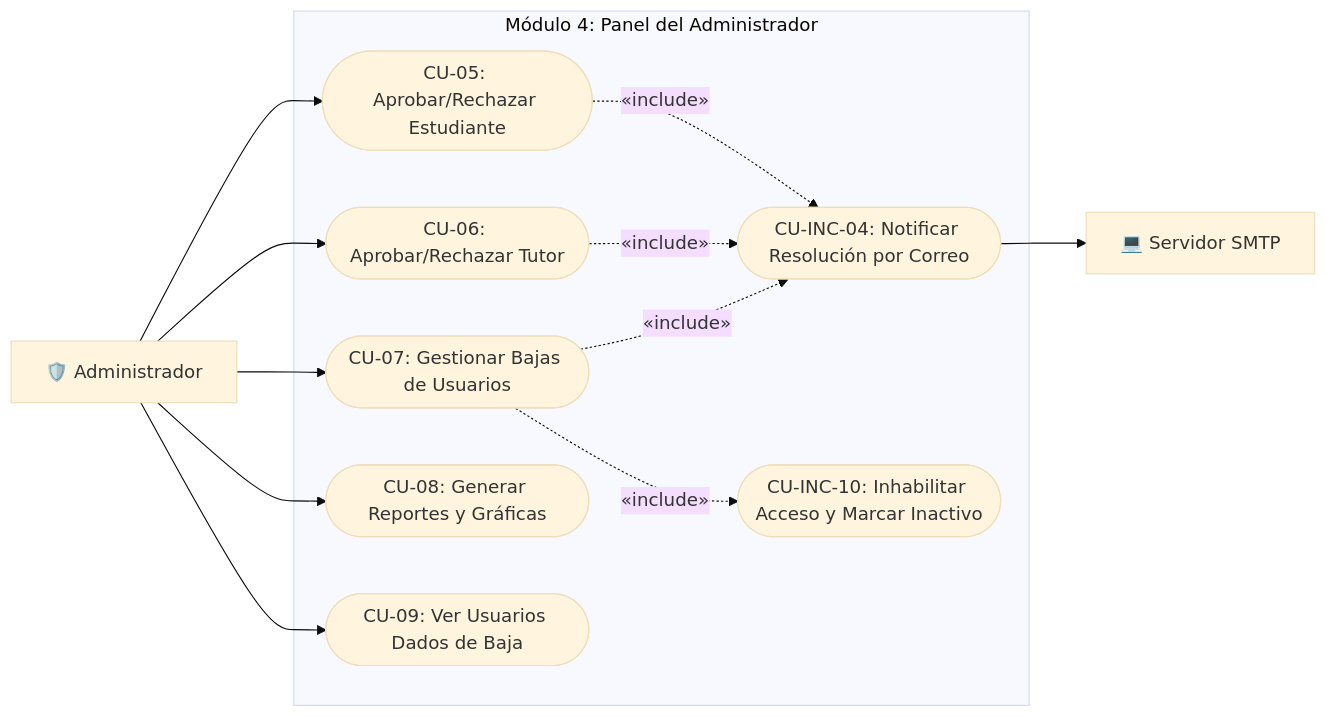
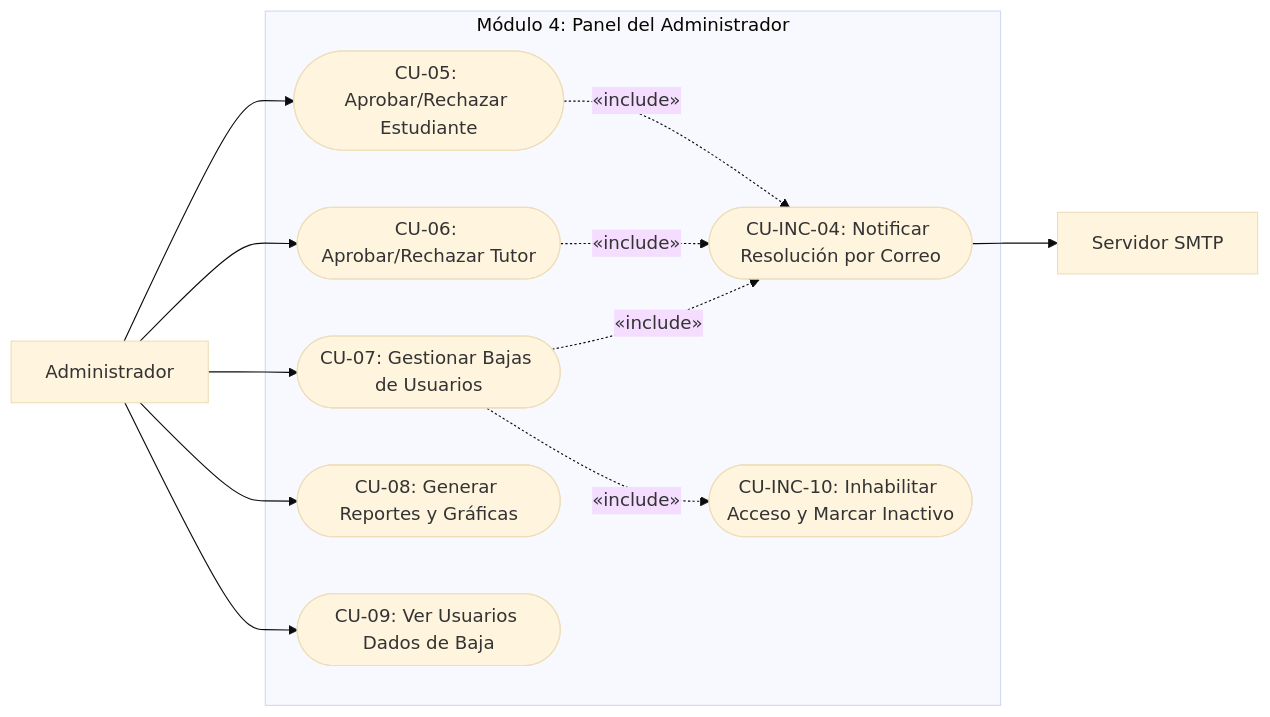
Before and after one commit to Sebastian-G-0607/AYD1_2S_G7: the eighth of 8 diagrams in docs/casos-de-uso/diagrama-casos-de-uso.md, drawn with Mermaid (base theme). The commit also changed other lines of this file, not shown here.

Commit message:
fix: eliminar emojis e iconos del markdown de diagramas de casos de uso

````diff
--- a/docs/casos-de-uso/diagrama-casos-de-uso.md
+++ b/docs/casos-de-uso/diagrama-casos-de-uso.md
@@ -286,28 +286,28 @@
 ```mermaid
 flowchart LR
-    Adm["🛡️ Administrador"]
-    Smtp["💻 Servidor SMTP"]
+    Adm["Administrador"]
+    Smtp["Servidor SMTP"]
 
     subgraph ModuloAdmin ["Módulo 4: Panel del Administrador"]
         CU05(["CU-05: Aprobar/Rechazar Estudiante"])
         CU06(["CU-06: Aprobar/Rechazar Tutor"])
         CU07(["CU-07: Gestionar Bajas de Usuarios"])
         CU08(["CU-08: Generar Reportes y Gráficas"])
         CU09(["CU-09: Ver Usuarios Dados de Baja"])
 
         INC_MAIL_ADM(["CU-INC-04: Notificar Resolución por Correo"])
         INC_REVOKE(["CU-INC-10: Inhabilitar Acceso y Marcar Inactivo"])
     end
 
     Adm --> CU05
     Adm --> CU06
     Adm --> CU07
     Adm --> CU08
     Adm --> CU09
 
     CU05 -.->|«include»| INC_MAIL_ADM
     CU06 -.->|«include»| INC_MAIL_ADM
     CU07 -.->|«include»| INC_MAIL_ADM
     CU07 -.->|«include»| INC_REVOKE
     INC_MAIL_ADM --> Smtp
 ```
````
